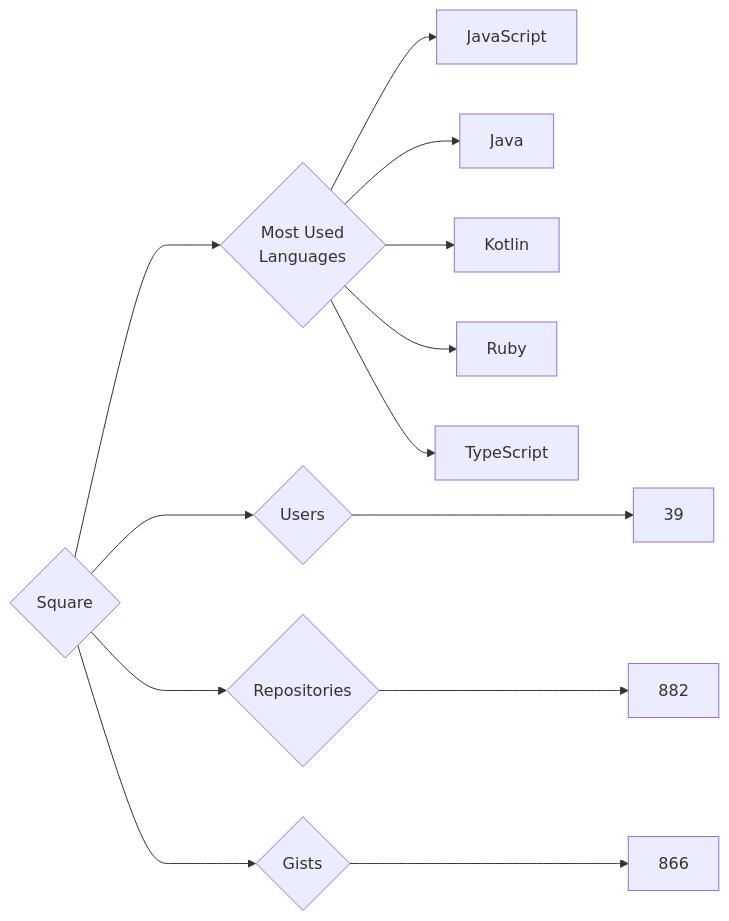
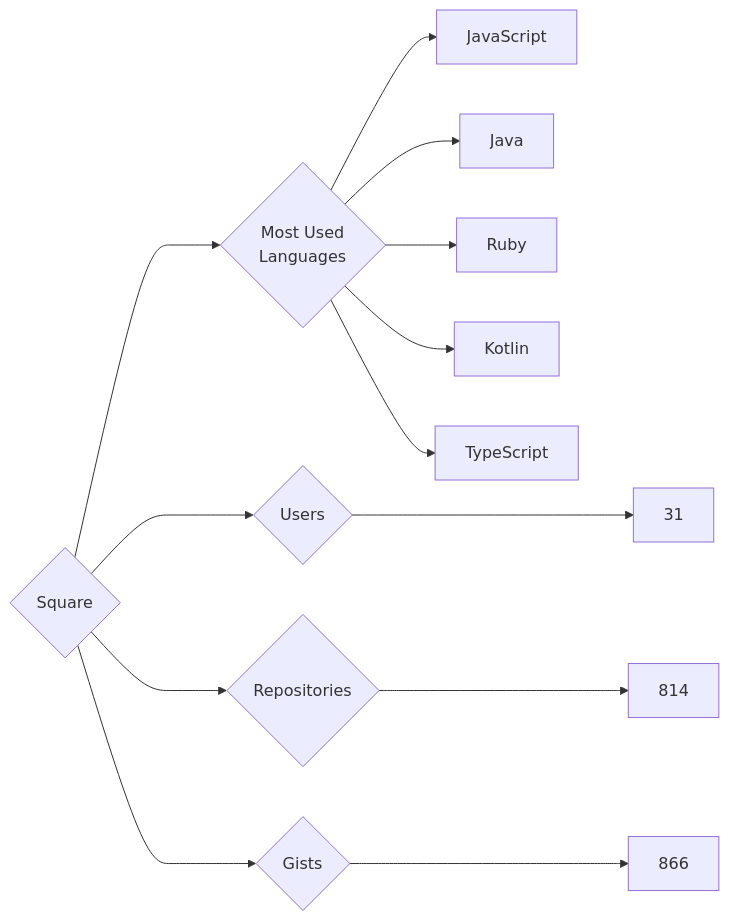
Before and after one commit to trickest/insiders: the diagram in targets/Square/README.md, drawn with Mermaid. The commit also changed 823 other files, not shown here.

````diff
--- a/targets/Square/README.md
+++ b/targets/Square/README.md
@@ -3,13 +3,13 @@
 ```mermaid
 graph LR
 COMPANY_NAME{Square}
-COMPANY_NAME ---> U{Users} ---> UN[39]
-COMPANY_NAME ---> R{Repositories} ---> RN[882]
+COMPANY_NAME ---> U{Users} ---> UN[31]
+COMPANY_NAME ---> R{Repositories} ---> RN[814]
 COMPANY_NAME ---> G{Gists} ---> GN[866]
 COMPANY_NAME ---> ML{Most Used<br>Languages}
 ML --> JavaScript[JavaScript]
 ML --> Java[Java]
+ML --> Ruby[Ruby]
 ML --> Kotlin[Kotlin]
-ML --> Ruby[Ruby]
 ML --> TypeScript[TypeScript]
 ```
````
